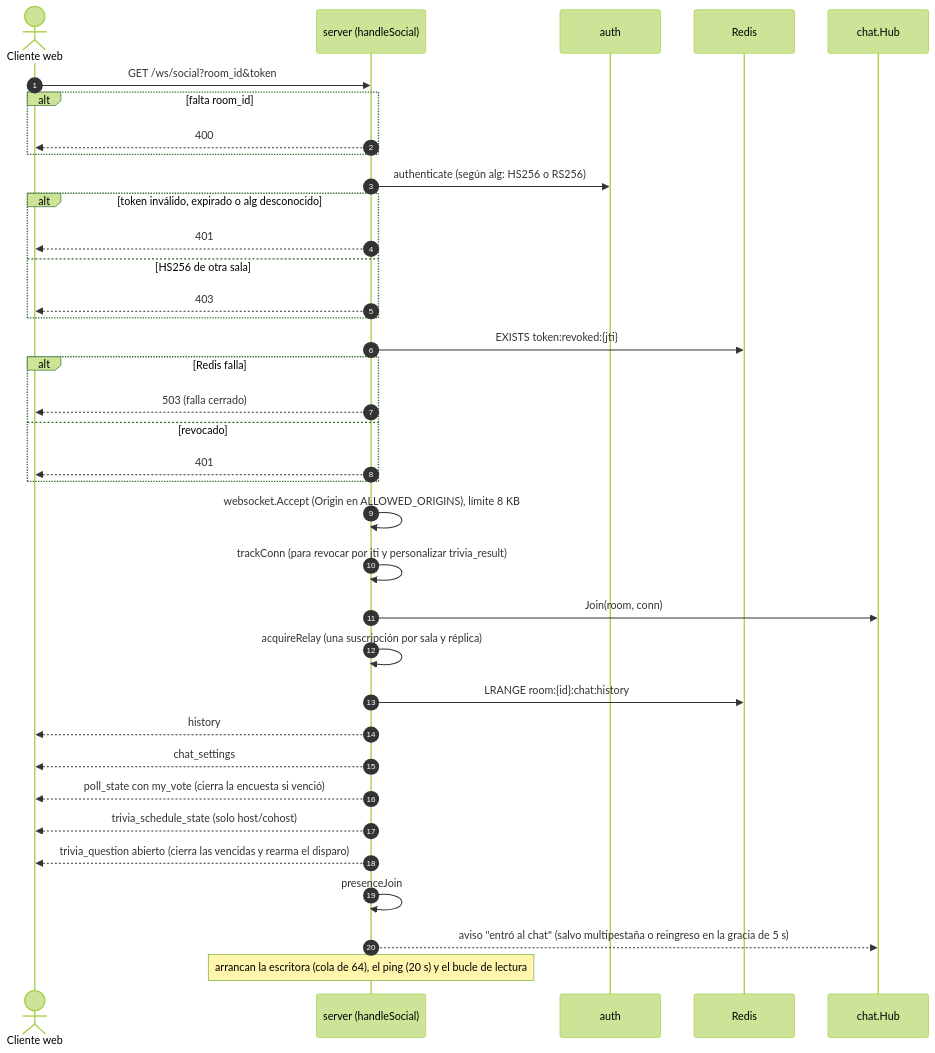
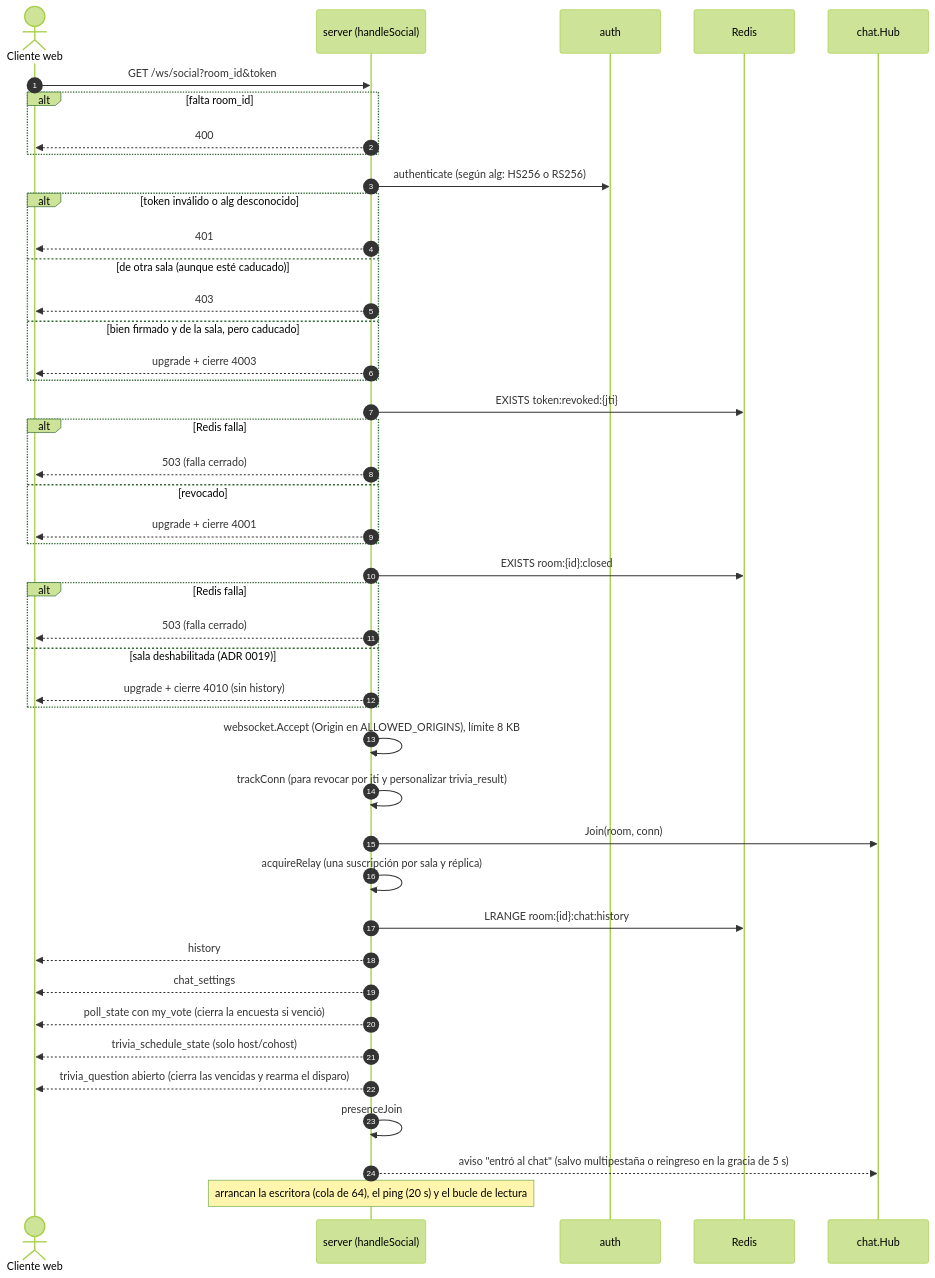
Before and after one commit to TINTOrganization/TINT: the second of 10 diagrams in services/social-core/README.md, drawn with Mermaid (forest theme). The commit also changed other lines of this file and 1 other file, not shown here.

Commit message:
docs(social-core): cierre 4010, cierres 4xxx del handshake, chat REST y trivia live
Documenta en el AGENTS.md y el README del dominio lo que cambió con el
ADR 0019 y la corrección del ADR 0014: tabla del handshake (401/403 sin
upgrade; 4001, 4003 y 4010 tras el upgrade; 503 si Redis no responde),
ROOM_CLOSED y validación de los mensajes del bus, la ruta
GET /api/v1/social/rooms/{id}/chat, trivia_launch_now, la trivia por
minuto del stream y las claves nuevas (room:{id}:closed, :kind, :stream,
:stream:started_at y el historial de 100 mensajes).

````diff
--- a/services/social-core/README.md
+++ b/services/social-core/README.md
@@ -89,39 +91,47 @@
 ```mermaid
 sequenceDiagram
     autonumber
     actor C as Cliente web
     participant S as server (handleSocial)
     participant A as auth
     participant R as Redis
     participant H as chat.Hub
 
     C->>S: GET /ws/social?room_id&token
     alt falta room_id
         S-->>C: 400
     end
     S->>A: authenticate (según alg: HS256 o RS256)
-    alt token inválido, expirado o alg desconocido
+    alt token inválido o alg desconocido
         S-->>C: 401
-    else HS256 de otra sala
+    else de otra sala (aunque esté caducado)
         S-->>C: 403
+    else bien firmado y de la sala, pero caducado
+        S-->>C: upgrade + cierre 4003
     end
     S->>R: EXISTS token:revoked:{jti}
     alt Redis falla
         S-->>C: 503 (falla cerrado)
     else revocado
-        S-->>C: 401
+        S-->>C: upgrade + cierre 4001
+    end
+    S->>R: EXISTS room:{id}:closed
+    alt Redis falla
+        S-->>C: 503 (falla cerrado)
+    else sala deshabilitada (ADR 0019)
+        S-->>C: upgrade + cierre 4010 (sin history)
     end
     S->>S: websocket.Accept (Origin en ALLOWED_ORIGINS), límite 8 KB
     S->>S: trackConn (para revocar por jti y personalizar trivia_result)
     S->>H: Join(room, conn)
     S->>S: acquireRelay (una suscripción por sala y réplica)
     S->>R: LRANGE room:{id}:chat:history
     S-->>C: history
     S-->>C: chat_settings
     S-->>C: poll_state con my_vote (cierra la encuesta si venció)
     S-->>C: trivia_schedule_state (solo host/cohost)
     S-->>C: trivia_question abierto (cierra las vencidas y rearma el disparo)
     S->>S: presenceJoin
     S-->>H: aviso "entró al chat" (salvo multipestaña o reingreso en la gracia de 5 s)
     Note over S: arrancan la escritora (cola de 64), el ping (20 s) y el bucle de lectura
 ```
````
